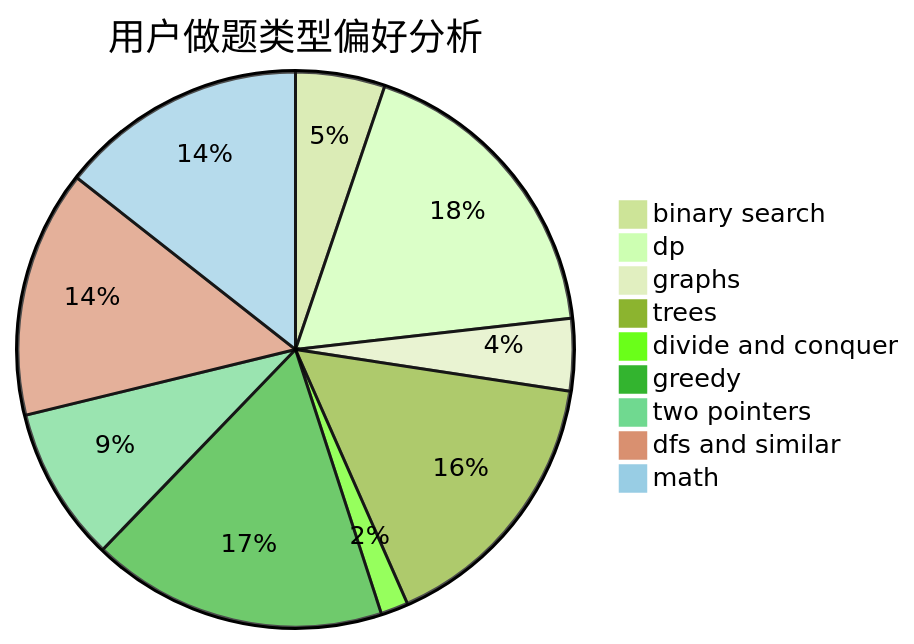
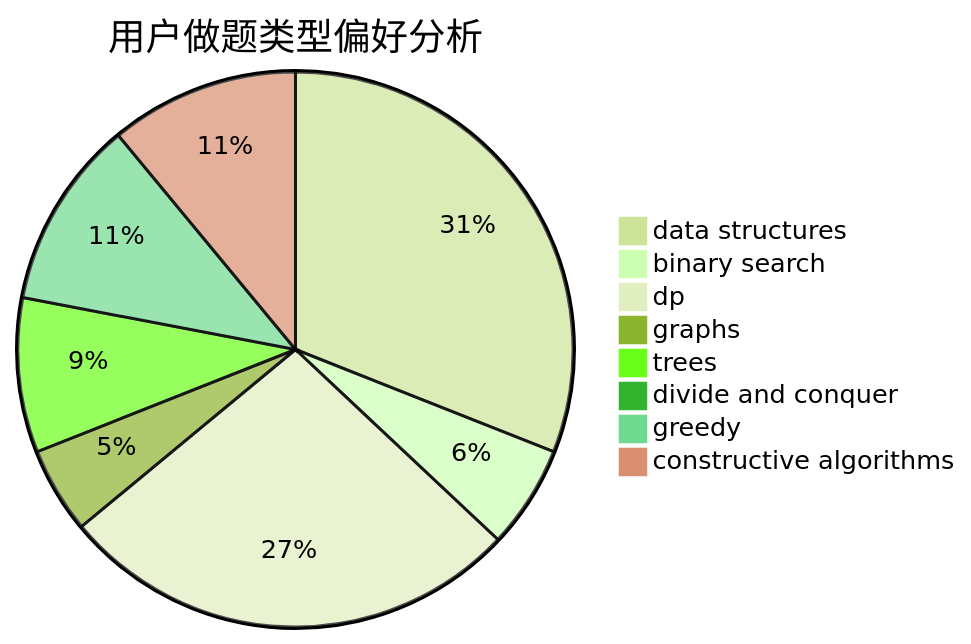
One commit to sherpahu/cfrs.github.io changed the second of 3 diagrams in docs/user/u2441.md. Above: the diagram before and after it, drawn with Mermaid (forest theme). The commit also changed other lines of this file and 2775 other files, not shown here.

````diff
--- a/docs/user/u2441.md
+++ b/docs/user/u2441.md
@@ -23,12 +23,11 @@
 ```mermaid
 pie title 用户做题类型偏好分析
-    "binary search" :  26
-    "dp" :  90
-    "graphs" :  21
-    "trees" :  80
-    "divide and conquer" :  8
-    "greedy" :  86
-    "two pointers" :  45
-    "dfs and similar" :  72
-    "math" :  72
+    "data structures" :  31
+    "binary search" :  6
+    "dp" :  27
+    "graphs" :  5
+    "trees" :  9
+    "divide and conquer" :  0
+    "greedy" :  11
+    "constructive algorithms" :  11
 ```
````
